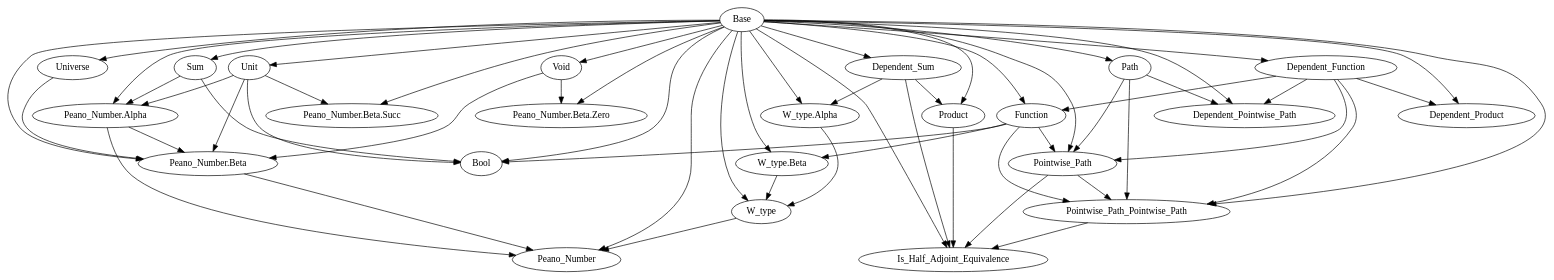
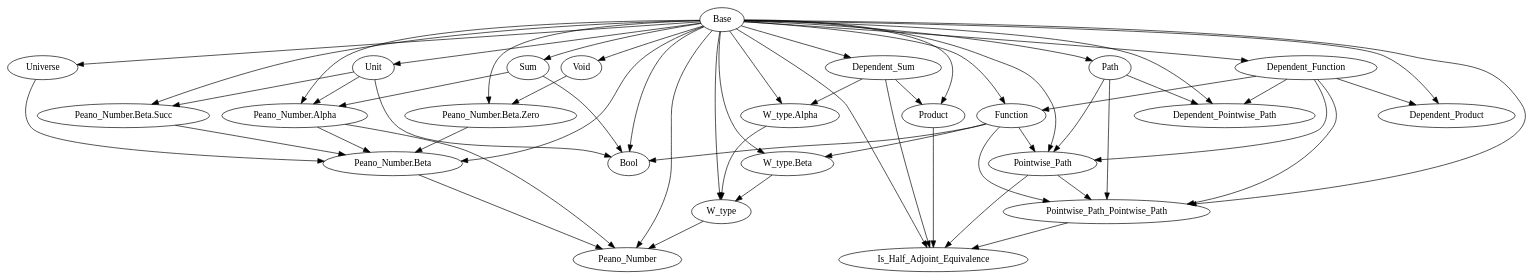
The diagram in libraries/dependencies.gv (Hexirp/googology-in-coq), drawn with Graphviz before and after one commit. The commit also changed 1 other file, not shown here.

Commit message:
Update: Peano_Number.Beta を
Peano_Number.Beta.Zero と Peano_Number.Beta.Succ を使う。

```diff
--- a/libraries/dependencies.gv
+++ b/libraries/dependencies.gv
@@ -1,83 +1,83 @@
 digraph Dependencies {
   # Base
   # Dependent_Function
   "Base" -> "Dependent_Function";
   # Function
   "Base" -> "Function";
   "Dependent_Function" -> "Function";
   # Dependent_Product
   "Base" -> "Dependent_Product";
   "Dependent_Function" -> "Dependent_Product";
   # Dependent_Sum
   "Base" -> "Dependent_Sum";
   # Product
   "Base" -> "Product";
   "Dependent_Sum" -> "Product";
   # Sum
   "Base" -> "Sum";
   # Unit
   "Base" -> "Unit";
   # Void
   "Base" -> "Void";
   # W_type.Alpha
   "Base" -> "W_type.Alpha";
   "Dependent_Sum" -> "W_type.Alpha";
   # W_type.Beta
   "Base" -> "W_type.Beta";
   "Function" -> "W_type.Beta";
   # W_type
   "Base" -> "W_type";
   "W_type.Alpha" -> "W_type";
   "W_type.Beta" -> "W_type";
   # Universe
   "Base" -> "Universe";
   # Path
   "Base" -> "Path";
   # Dependent_Pointwise_Path
   "Base" -> "Dependent_Pointwise_Path";
   "Dependent_Function" -> "Dependent_Pointwise_Path";
   "Path" -> "Dependent_Pointwise_Path";
   # Pointwise_Path
   "Base" -> "Pointwise_Path";
   "Dependent_Function" -> "Pointwise_Path";
   "Function" -> "Pointwise_Path";
   "Path" -> "Pointwise_Path";
   # Pointwise_Path_Pointwise_Path
   "Base" -> "Pointwise_Path_Pointwise_Path";
   "Dependent_Function" -> "Pointwise_Path_Pointwise_Path";
   "Function" -> "Pointwise_Path_Pointwise_Path";
   "Path" -> "Pointwise_Path_Pointwise_Path";
   "Pointwise_Path" -> "Pointwise_Path_Pointwise_Path";
   # Is_Half_Adjoint_Equivalence
   "Base" -> "Is_Half_Adjoint_Equivalence";
   "Dependent_Sum" -> "Is_Half_Adjoint_Equivalence";
   "Product" -> "Is_Half_Adjoint_Equivalence";
   "Pointwise_Path" -> "Is_Half_Adjoint_Equivalence";
   "Pointwise_Path_Pointwise_Path" -> "Is_Half_Adjoint_Equivalence";
   # Bool
   "Base" -> "Bool";
   "Function" -> "Bool";
   "Sum" -> "Bool";
   "Unit" -> "Bool";
   # Peano_Number.Alpha
   "Base" -> "Peano_Number.Alpha";
   "Sum" -> "Peano_Number.Alpha";
   "Unit" -> "Peano_Number.Alpha";
   # Peano_Number.Beta.Zero
   "Base" -> "Peano_Number.Beta.Zero";
   "Void" -> "Peano_Number.Beta.Zero";
   # Peano_Number.Beta.Succ
   "Base" -> "Peano_Number.Beta.Succ";
   "Unit" -> "Peano_Number.Beta.Succ";
   # Peano_Number.Beta
   "Base" -> "Peano_Number.Beta";
-  "Void" -> "Peano_Number.Beta";
-  "Unit" -> "Peano_Number.Beta";
   "Universe" -> "Peano_Number.Beta";
   "Peano_Number.Alpha" -> "Peano_Number.Beta";
+  "Peano_Number.Beta.Zero" -> "Peano_Number.Beta";
+  "Peano_Number.Beta.Succ" -> "Peano_Number.Beta";
   # Peano_Number
   "Base" -> "Peano_Number";
   "W_type" -> "Peano_Number";
   "Peano_Number.Alpha" -> "Peano_Number";
   "Peano_Number.Beta" -> "Peano_Number";
 }
```
